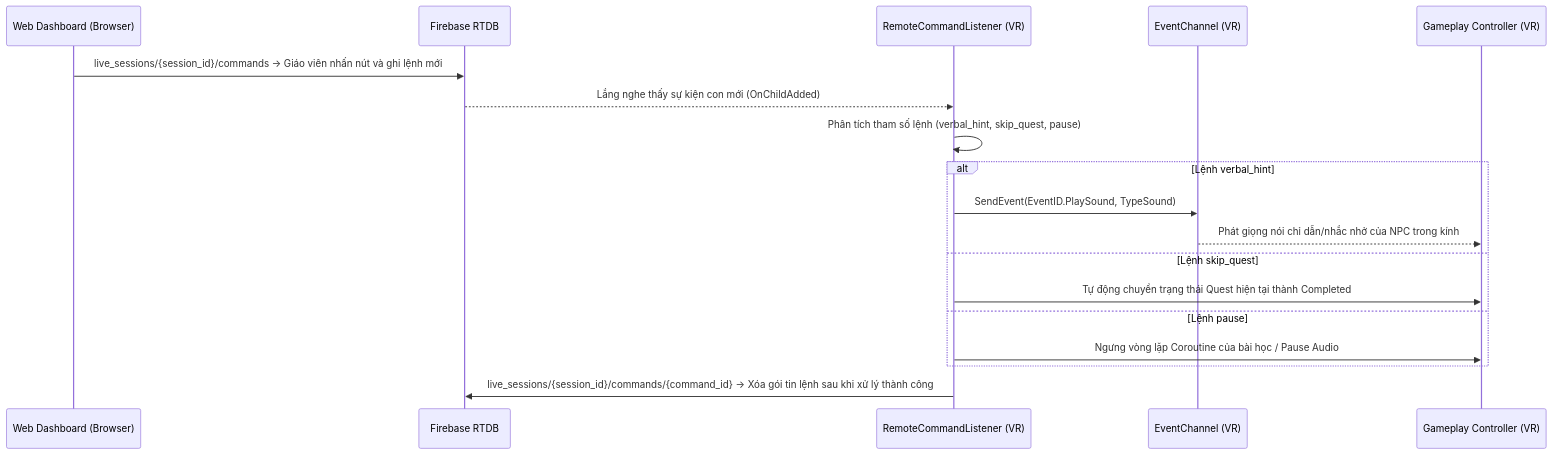
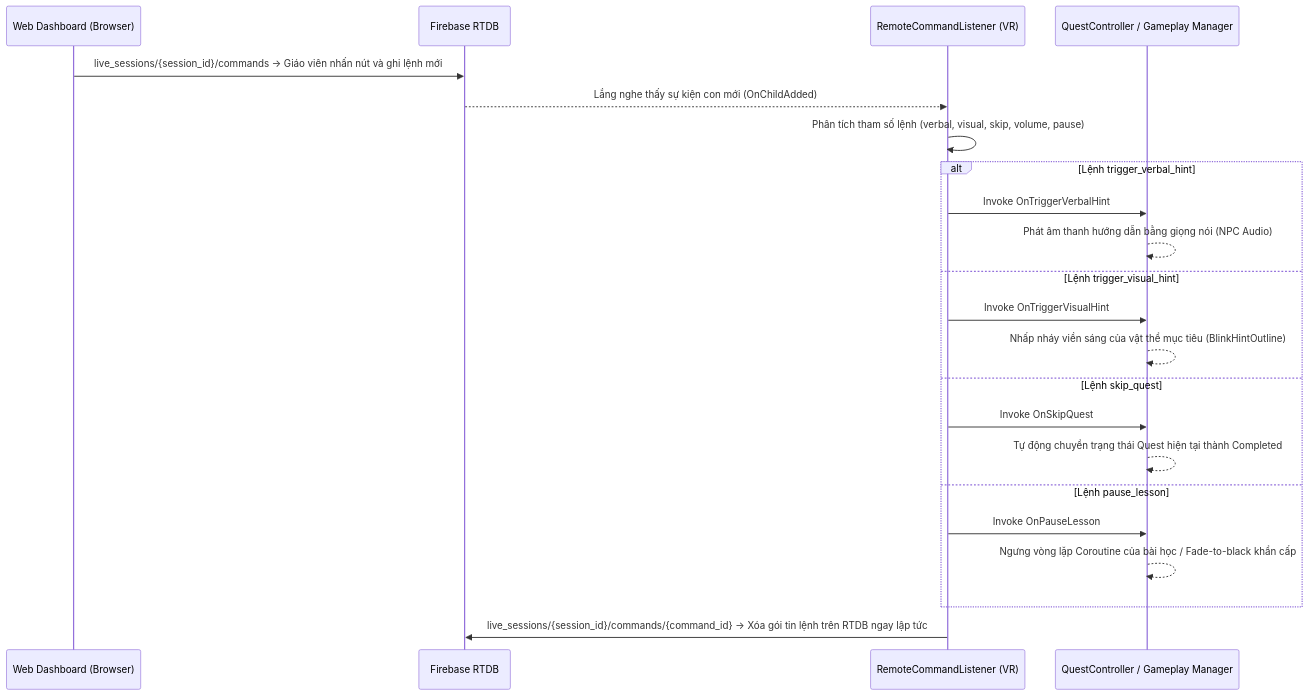
One commit to natuan05/VR-Autism changed the fourth of 4 diagrams in docs/architecture/WALKTHROUGH.md. Above: the diagram before and after it, drawn with Mermaid. The commit also changed other lines of this file, not shown here.

Commit message:
docs(architecture): update WALKTHROUGH.md to match actual Event dispatches in Story 3.5

````diff
--- a/docs/architecture/WALKTHROUGH.md
+++ b/docs/architecture/WALKTHROUGH.md
@@ -137,23 +137,27 @@
 ```mermaid
 sequenceDiagram
     participant Web as Web Dashboard (Browser)
     participant RTDB as Firebase RTDB
     participant Listener as RemoteCommandListener (VR)
-    participant EC as EventChannel (VR)
-    participant Gameplay as Gameplay Controller (VR)
+    participant Gameplay as QuestController / Gameplay Manager
     
     Web->>RTDB: live_sessions/{session_id}/commands -> Giáo viên nhấn nút và ghi lệnh mới
     RTDB-->>Listener: Lắng nghe thấy sự kiện con mới (OnChildAdded)
-    Listener->>Listener: Phân tích tham số lệnh (verbal_hint, skip_quest, pause)
+    Listener->>Listener: Phân tích tham số lệnh (verbal, visual, skip, volume, pause)
     
-    alt Lệnh verbal_hint
-        Listener->>EC: SendEvent(EventID.PlaySound, TypeSound)
-        EC-->>Gameplay: Phát giọng nói chỉ dẫn/nhắc nhở của NPC trong kính
+    alt Lệnh trigger_verbal_hint
+        Listener->>Gameplay: Invoke OnTriggerVerbalHint
+        Gameplay-->>Gameplay: Phát âm thanh hướng dẫn bằng giọng nói (NPC Audio)
+    else Lệnh trigger_visual_hint
+        Listener->>Gameplay: Invoke OnTriggerVisualHint
+        Gameplay-->>Gameplay: Nhấp nháy viền sáng của vật thể mục tiêu (BlinkHintOutline)
     else Lệnh skip_quest
-        Listener->>Gameplay: Tự động chuyển trạng thái Quest hiện tại thành Completed
-    else Lệnh pause
-        Listener->>Gameplay: Ngưng vòng lặp Coroutine của bài học / Pause Audio
+        Listener->>Gameplay: Invoke OnSkipQuest
+        Gameplay-->>Gameplay: Tự động chuyển trạng thái Quest hiện tại thành Completed
+    else Lệnh pause_lesson
+        Listener->>Gameplay: Invoke OnPauseLesson
+        Gameplay-->>Gameplay: Ngưng vòng lặp Coroutine của bài học / Fade-to-black khẩn cấp
     end
     
-    Listener->>RTDB: live_sessions/{session_id}/commands/{command_id} -> Xóa gói tin lệnh sau khi xử lý thành công
+    Listener->>RTDB: live_sessions/{session_id}/commands/{command_id} -> Xóa gói tin lệnh trên RTDB ngay lập tức
 ```
````
